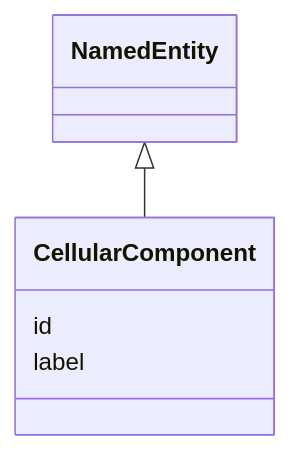
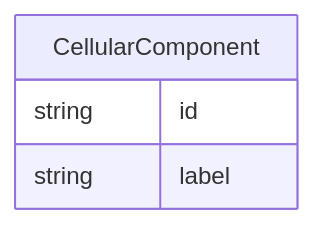
The diagram in docs/gocam/CellularComponent.md (monarch-initiative/ontogpt), drawn with Mermaid before and after one commit. The commit also changed 187 other files, not shown here.

````diff
--- a/docs/gocam/CellularComponent.md
+++ b/docs/gocam/CellularComponent.md
@@ -8,9 +8,10 @@
 ```mermaid
- classDiagram
-    class CellularComponent
-      NamedEntity <|-- CellularComponent
-      
-      CellularComponent : id
-      CellularComponent : label
-      
+erDiagram
+CellularComponent {
+    string id  
+    string label  
+}
+
+
+
 ```
````
